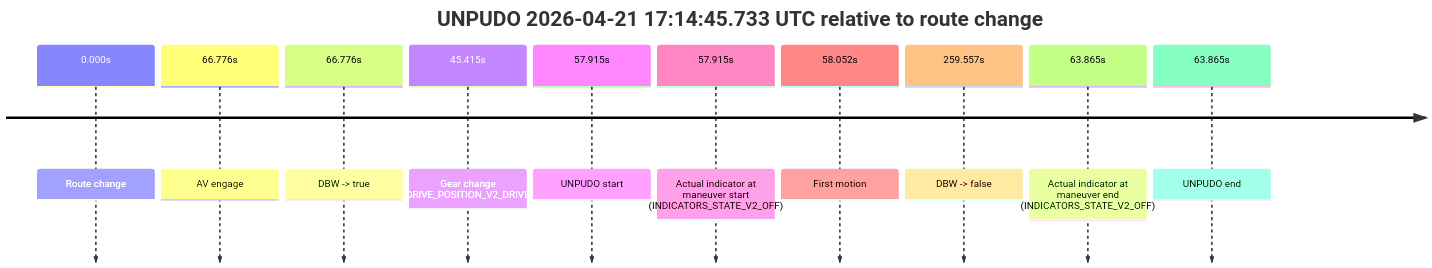
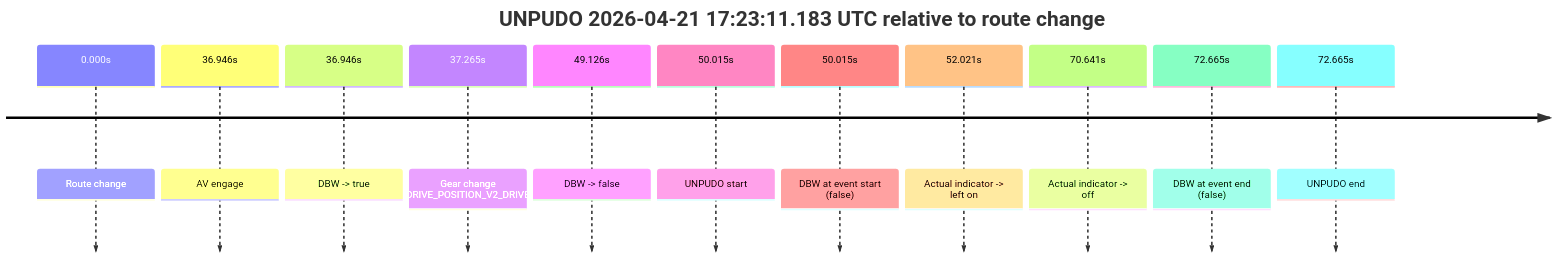
Before and after one commit to yoelshapiro/vault: diagram 13 of 14 in model_analysis/report_cards/2026/04/Week-4/fme20032--2026-04-21--14-17-54--gen2-av-cae1b391-dab2-4ad8-8f3a-0c5f0814d292.md, drawn with Mermaid. The commit also changed other lines of this file and 2 other files, not shown here.

````diff
--- a/model_analysis/report_cards/2026/04/Week-4/fme20032--2026-04-21--14-17-54--gen2-av-cae1b391-dab2-4ad8-8f3a-0c5f0814d292.md
+++ b/model_analysis/report_cards/2026/04/Week-4/fme20032--2026-04-21--14-17-54--gen2-av-cae1b391-dab2-4ad8-8f3a-0c5f0814d292.md
@@ -881,14 +1140,15 @@
 ```mermaid
 timeline
-    title UNPUDO 2026-04-21 17:14:45.733 UTC relative to route change
+    title UNPUDO 2026-04-21 17:23:11.183 UTC relative to route change
     0.000s : Route change
-    66.776s : AV engage
-    66.776s : DBW -> true
-    45.415s : Gear change (DRIVE_POSITION_V2_DRIVE)
-    57.915s : UNPUDO start
-    57.915s : Actual indicator at maneuver start (INDICATORS_STATE_V2_OFF)
-    58.052s : First motion
-    259.557s : DBW -> false
-    63.865s : Actual indicator at maneuver end (INDICATORS_STATE_V2_OFF)
-    63.865s : UNPUDO end
+    36.946s : AV engage
+    36.946s : DBW -> true
+    37.265s : Gear change (DRIVE_POSITION_V2_DRIVE)
+    49.126s : DBW -> false
+    50.015s : UNPUDO start
+    50.015s : DBW at event start (false)
+    52.021s : Actual indicator -> left on
+    70.641s : Actual indicator -> off
+    72.665s : DBW at event end (false)
+    72.665s : UNPUDO end
 ```
````
